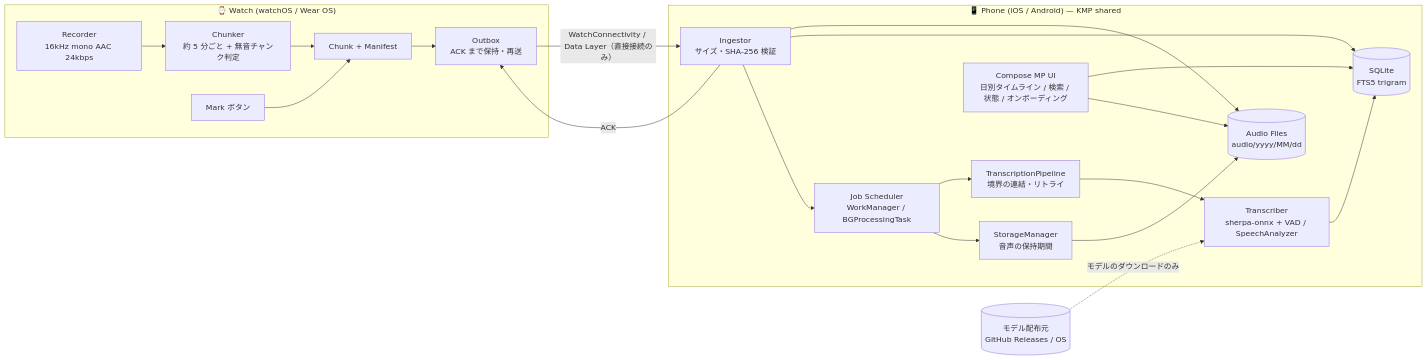
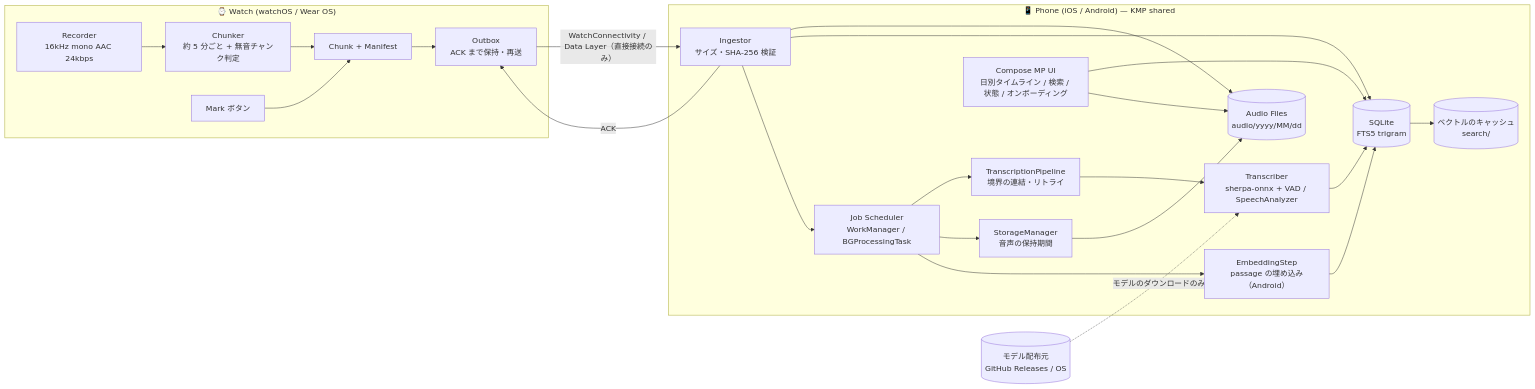
The first of 3 diagrams in docs/architecture/02-architecture.md (Soichiro5/watch-audio), drawn with Mermaid before and after one commit. The commit also changed other lines of this file and 9 other files, not shown here.

````diff
--- a/docs/architecture/02-architecture.md
+++ b/docs/architecture/02-architecture.md
@@ -36,24 +37,26 @@
 ```mermaid
 flowchart LR
   subgraph Watch["⌚ Watch (watchOS / Wear OS)"]
     REC[Recorder<br>16kHz mono AAC 24kbps] --> SEG[Chunker<br>約 5 分ごと + 無音チャンク判定]
     MARK[Mark ボタン] --> MAN
     SEG --> MAN[Chunk + Manifest]
     MAN --> Q[Outbox<br>ACK まで保持・再送]
   end
 
   Q -- "WatchConnectivity / Data Layer（直接接続のみ）" --> ING
   ING -- ACK --> Q
 
   subgraph Phone["📱 Phone (iOS / Android) — KMP shared"]
     ING[Ingestor<br>サイズ・SHA-256 検証] --> AUD[(Audio Files<br>audio/yyyy/MM/dd)]
     ING --> DB[(SQLite<br>FTS5 trigram)]
     ING --> JOB[Job Scheduler<br>WorkManager / BGProcessingTask]
     JOB --> PIPE[TranscriptionPipeline<br>境界の連結・リトライ] --> ASR[Transcriber<br>sherpa-onnx + VAD / SpeechAnalyzer] --> DB
     JOB --> RET[StorageManager<br>音声の保持期間] --> AUD
+    JOB --> EMB[EmbeddingStep<br>passage の埋め込み（Android）] --> DB
+    DB --> VEC[(ベクトルのキャッシュ<br>search/)]
     UI[Compose MP UI<br>日別タイムライン / 検索 / 状態 / オンボーディング] --> DB
     UI --> AUD
   end
 
   MODEL[(モデル配布元<br>GitHub Releases / OS)] -. "モデルのダウンロードのみ" .-> ASR
 ```
````
